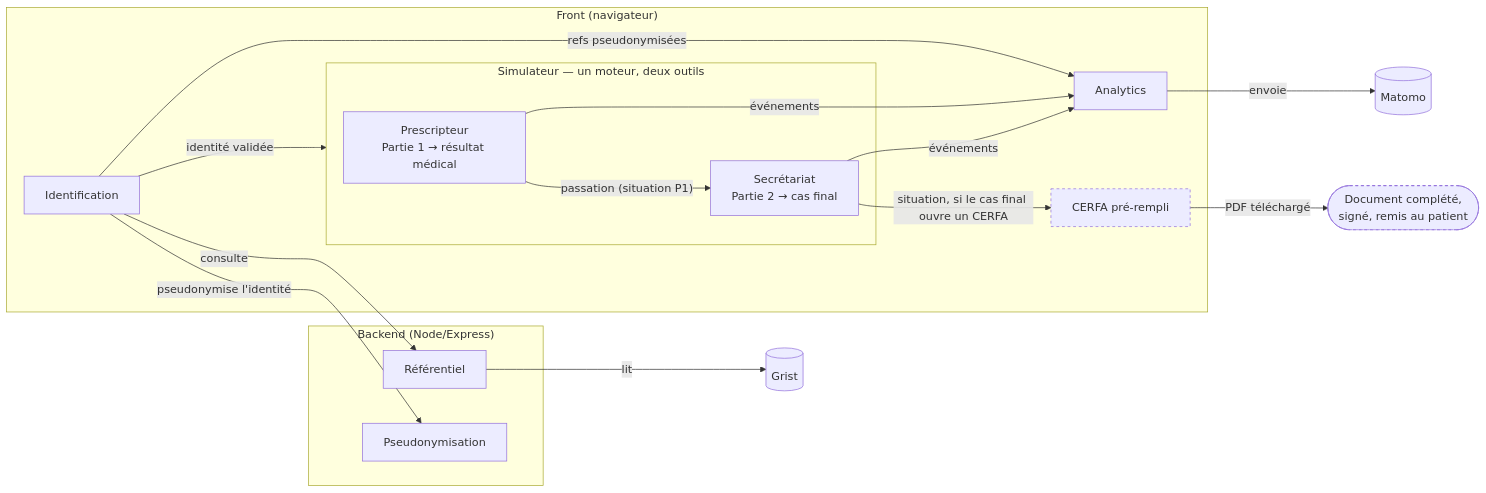
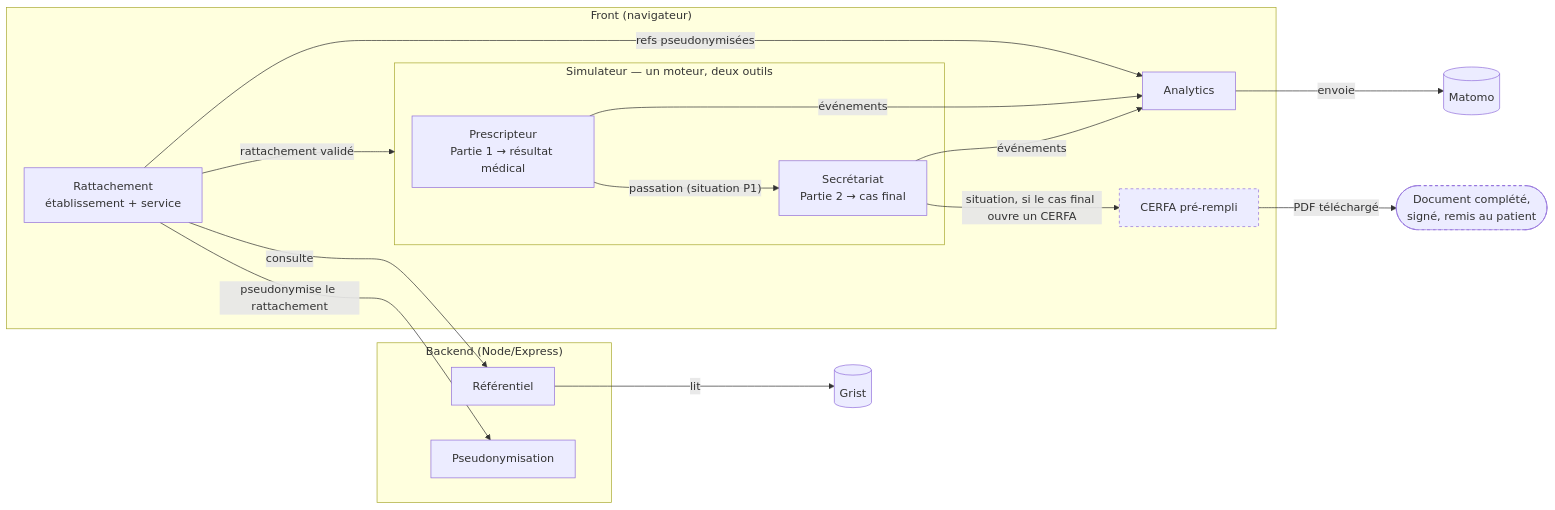
Before and after one commit to betagouv/transports-sanitaires: the diagram in apps/simulateur-eligibilite/README.md, drawn with Mermaid. The commit also changed other lines of this file and 50 other files, not shown here.

````diff
--- a/apps/simulateur-eligibilite/README.md
+++ b/apps/simulateur-eligibilite/README.md
@@ -12,36 +13,36 @@
 ```mermaid
 flowchart LR
     subgraph front["Front (navigateur)"]
-        Ident["Identification"]
+        Ident["Rattachement<br/>établissement + service"]
         subgraph simu["Simulateur — un moteur, deux outils"]
             Presc["Prescripteur<br/>Partie 1 → résultat médical"]
             Secr["Secrétariat<br/>Partie 2 → cas final"]
         end
         Cerfa["CERFA pré-rempli"]
         Analytics["Analytics"]
     end
 
     subgraph back["Backend (Node/Express)"]
         Ref["Référentiel"]
         Pseudo["Pseudonymisation"]
     end
 
     Grist[("Grist")]
     Matomo[("Matomo")]
     Patient(["Document complété,<br/>signé, remis au patient"])
 
     Ident -->|"consulte"| Ref
-    Ident -->|"pseudonymise l'identité"| Pseudo
-    Ident -->|"identité validée"| simu
+    Ident -->|"pseudonymise le rattachement"| Pseudo
+    Ident -->|"rattachement validé"| simu
     Ident -->|"refs pseudonymisées"| Analytics
     Presc -->|"passation (situation P1)"| Secr
     Presc -->|"événements"| Analytics
     Secr -->|"événements"| Analytics
     Secr -->|"situation, si le cas final ouvre un CERFA"| Cerfa
     Cerfa -->|"PDF téléchargé"| Patient
     Ref -->|"lit"| Grist
     Analytics -->|"envoie"| Matomo
 
     classDef nominatif stroke-dasharray:4
     class Cerfa,Patient nominatif
 ```
````
